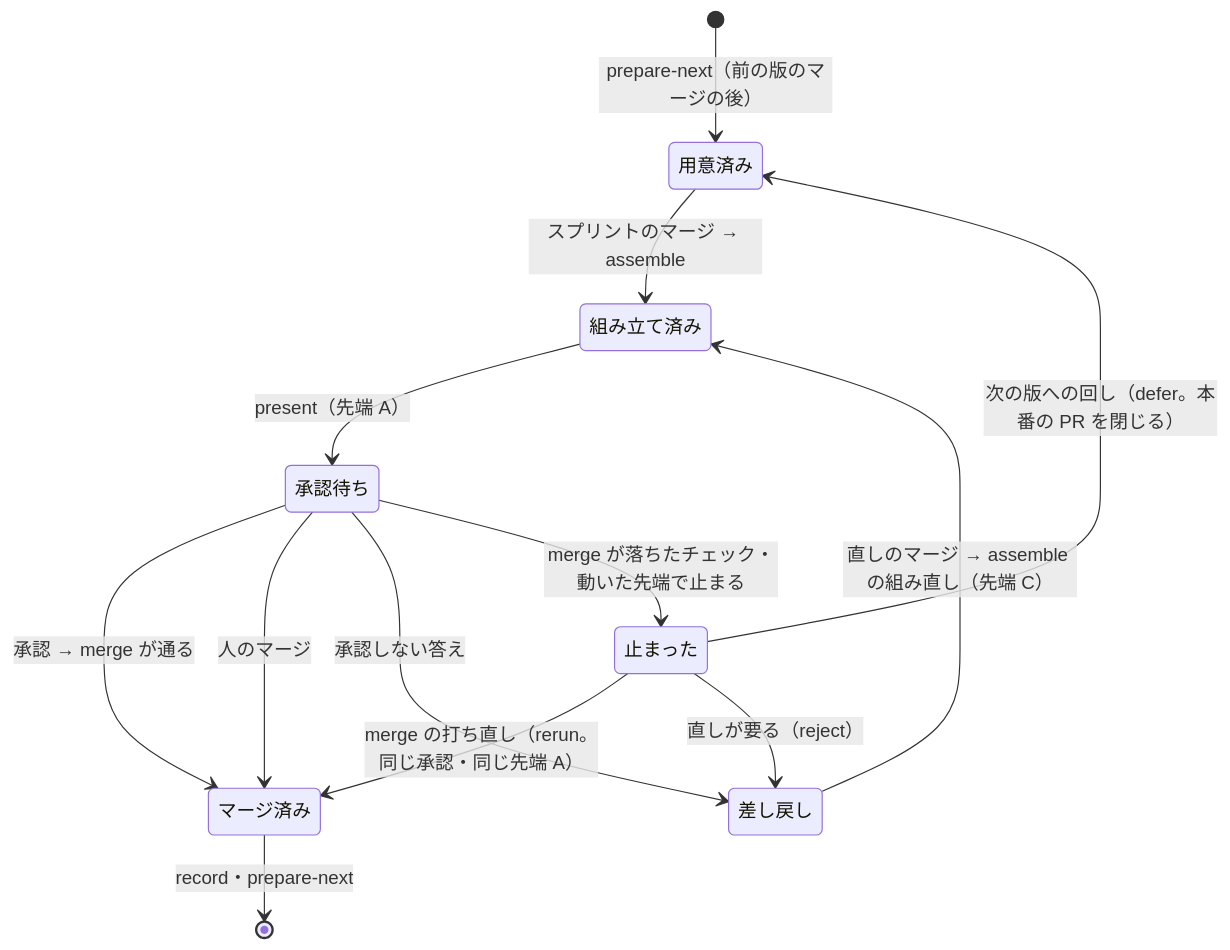
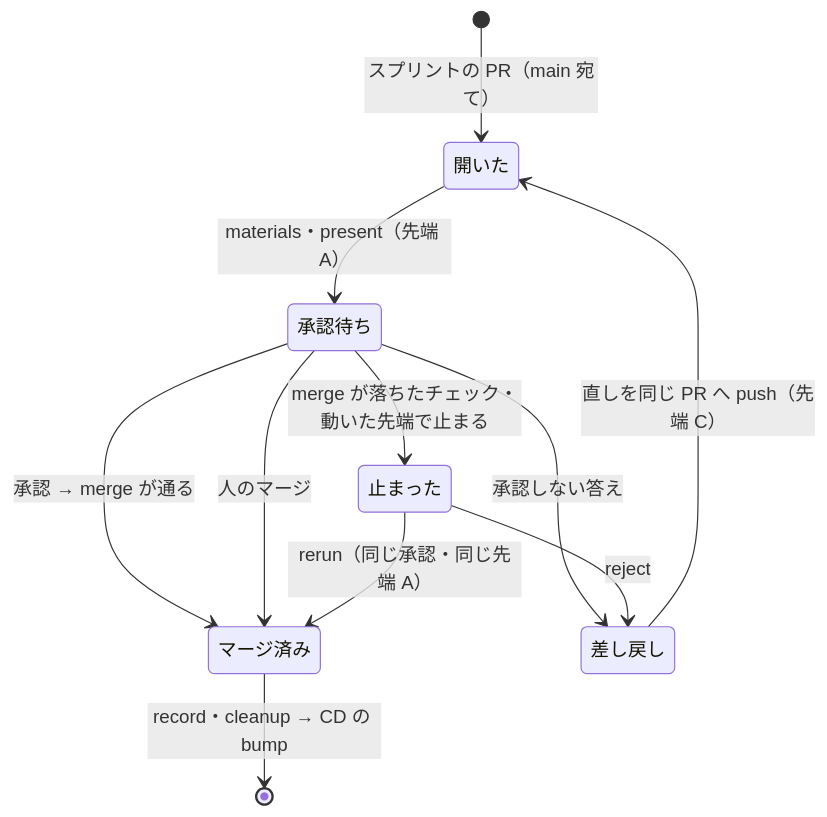
One commit to devbasex/ai-plugins changed the fourth of 4 diagrams in issues/issue-3572-design.md. Above: the diagram before and after it, drawn with Mermaid. The commit also changed other lines of this file and 3 other files, not shown here.

First line of the commit message:
Docs: #3572 の設計を GitHub flow の土台で書き直す

````diff
--- a/issues/issue-3572-design.md
+++ b/issues/issue-3572-design.md
@@ -264,15 +358,13 @@
 ```mermaid
 stateDiagram-v2
-    [*] --> 用意済み: prepare-next（前の版のマージの後）
-    用意済み --> 組み立て済み: スプリントのマージ → assemble
-    組み立て済み --> 承認待ち: present（先端 A）
+    [*] --> 開いた: スプリントの PR（main 宛て）
+    開いた --> 承認待ち: materials・present（先端 A）
     承認待ち --> マージ済み: 承認 → merge が通る
     承認待ち --> マージ済み: 人のマージ
     承認待ち --> 差し戻し: 承認しない答え
     承認待ち --> 止まった: merge が落ちたチェック・動いた先端で止まる
-    止まった --> マージ済み: merge の打ち直し（rerun。同じ承認・同じ先端 A）
-    止まった --> 差し戻し: 直しが要る（reject）
-    止まった --> 用意済み: 次の版への回し（defer。本番の PR を閉じる）
-    差し戻し --> 組み立て済み: 直しのマージ → assemble の組み直し（先端 C）
-    マージ済み --> [*]: record・prepare-next
+    止まった --> マージ済み: rerun（同じ承認・同じ先端 A）
+    止まった --> 差し戻し: reject
+    差し戻し --> 開いた: 直しを同じ PR へ push（先端 C）
+    マージ済み --> [*]: record・cleanup → CD の bump
 ```
````
